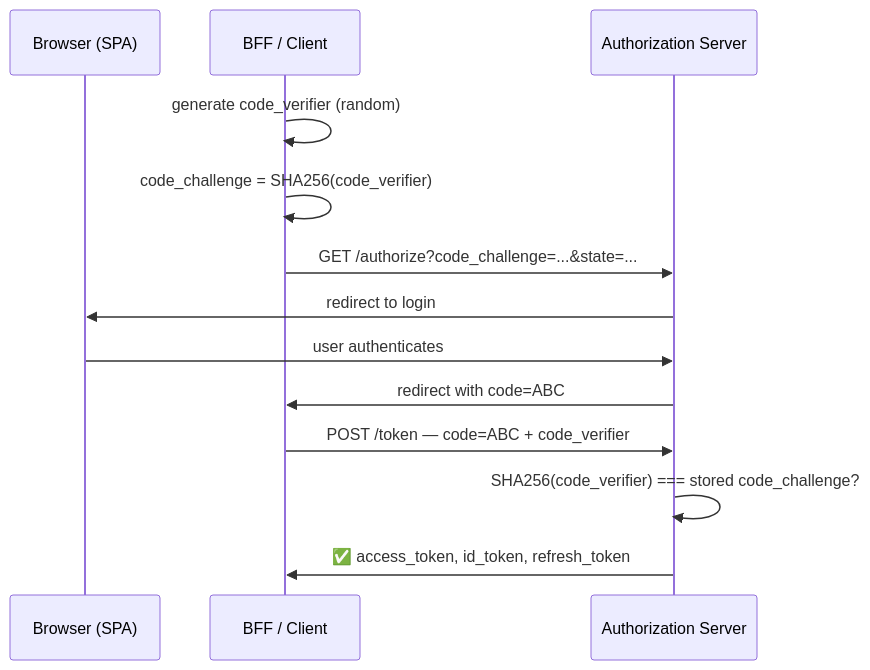
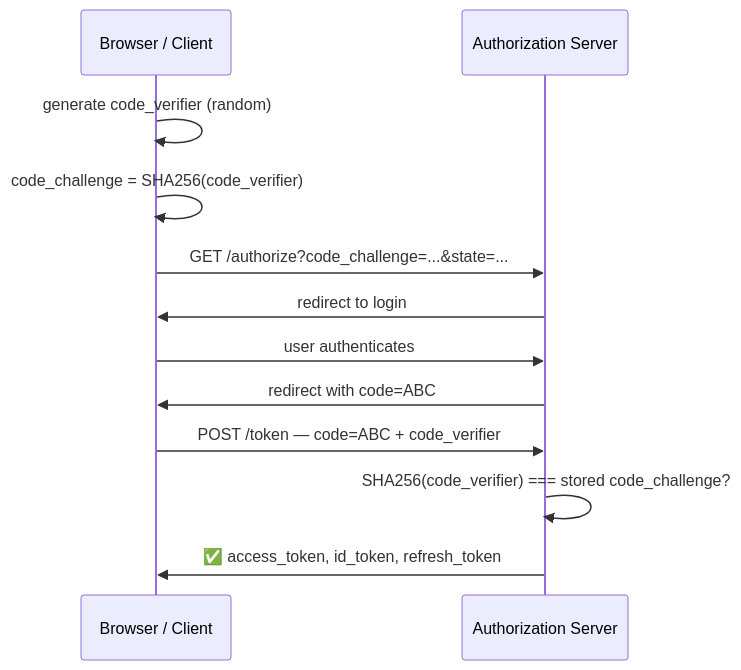
Before and after one commit to tkachenko0/article-the-browser-that-knew-too-much: the fourth of 6 diagrams in README.md, drawn with Mermaid. The commit also changed other lines of this file, not shown here.

````diff
--- a/README.md
+++ b/README.md
@@ -208,16 +193,15 @@
 ```mermaid
 sequenceDiagram
-    participant B as Browser (SPA)
-    participant BFF as BFF / Client
+    participant B as Browser / Client
     participant IDP as Authorization Server
 
-    BFF->>BFF: generate code_verifier (random)
-    BFF->>BFF: code_challenge = SHA256(code_verifier)
-    BFF->>IDP: GET /authorize?code_challenge=...&state=...
+    B->>B: generate code_verifier (random)
+    B->>B: code_challenge = SHA256(code_verifier)
+    B->>IDP: GET /authorize?code_challenge=...&state=...
     IDP->>B: redirect to login
     B->>IDP: user authenticates
-    IDP->>BFF: redirect with code=ABC
-    BFF->>IDP: POST /token — code=ABC + code_verifier
+    IDP->>B: redirect with code=ABC
+    B->>IDP: POST /token — code=ABC + code_verifier
     IDP->>IDP: SHA256(code_verifier) === stored code_challenge?
-    IDP->>BFF: ✅ access_token, id_token, refresh_token
+    IDP->>B: ✅ access_token, id_token, refresh_token
 ```
````
